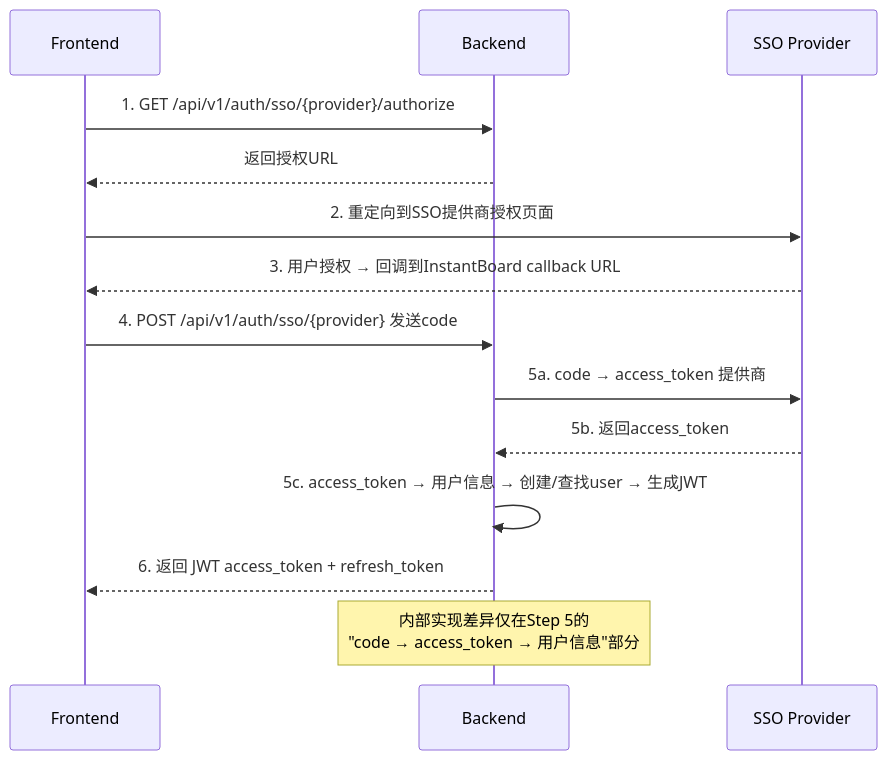
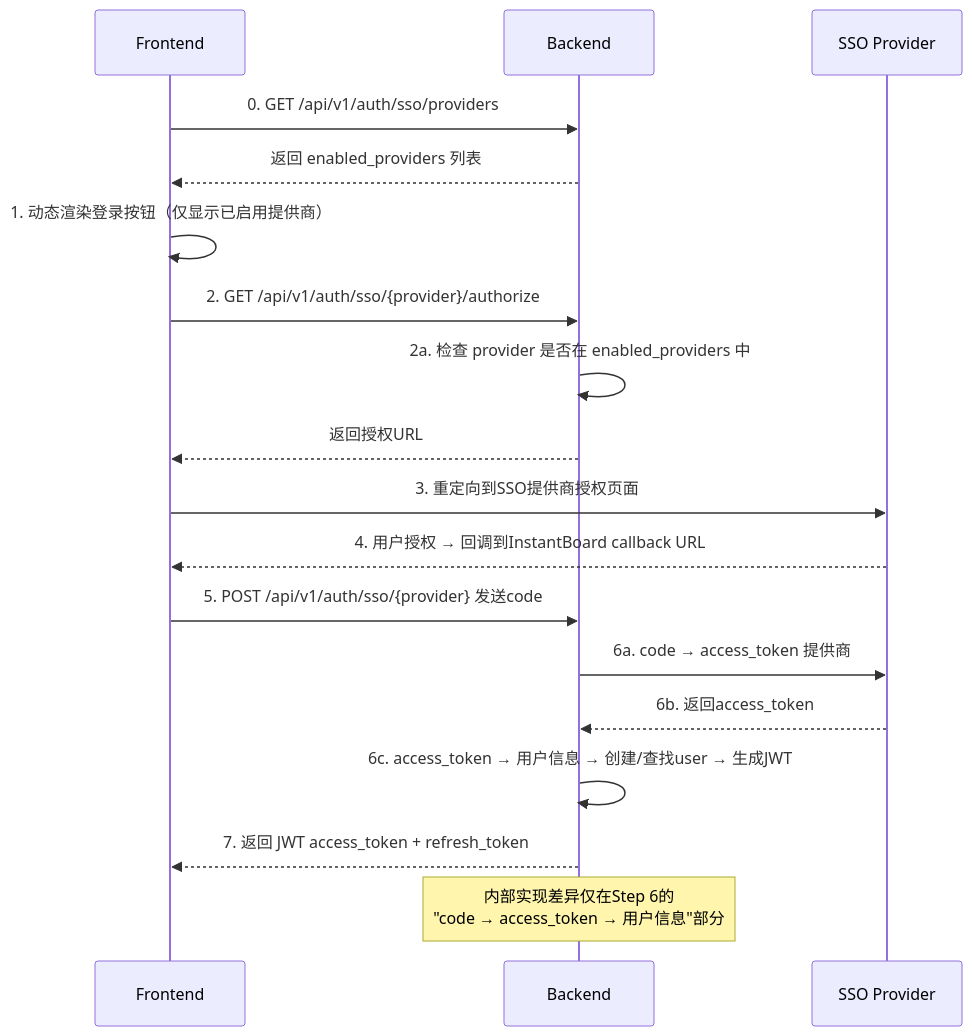
The second of 3 diagrams in docs/design/security.md (onceme/instantboard), drawn with Mermaid before and after one commit. The commit also changed other lines of this file and 18 other files, not shown here.

Commit message:
Reduce SSO providers

````diff
--- a/docs/design/security.md
+++ b/docs/design/security.md
@@ -130,18 +167,22 @@
 ```mermaid
 sequenceDiagram
     participant FE as Frontend
     participant BE as Backend
     participant SSO as SSO Provider
 
-    FE->>BE: 1. GET /api/v1/auth/sso/{provider}/authorize
+    FE->>BE: 0. GET /api/v1/auth/sso/providers
+    BE-->>FE: 返回 enabled_providers 列表
+    FE->>FE: 1. 动态渲染登录按钮（仅显示已启用提供商）
+    FE->>BE: 2. GET /api/v1/auth/sso/{provider}/authorize
+    BE->>BE: 2a. 检查 provider 是否在 enabled_providers 中
     BE-->>FE: 返回授权URL
-    FE->>SSO: 2. 重定向到SSO提供商授权页面
-    SSO-->>FE: 3. 用户授权 → 回调到InstantBoard callback URL
-    FE->>BE: 4. POST /api/v1/auth/sso/{provider} 发送code
-    BE->>SSO: 5a. code → access_token 提供商
-    SSO-->>BE: 5b. 返回access_token
-    BE->>BE: 5c. access_token → 用户信息 → 创建/查找user → 生成JWT
-    BE-->>FE: 6. 返回 JWT access_token + refresh_token
+    FE->>SSO: 3. 重定向到SSO提供商授权页面
+    SSO-->>FE: 4. 用户授权 → 回调到InstantBoard callback URL
+    FE->>BE: 5. POST /api/v1/auth/sso/{provider} 发送code
+    BE->>SSO: 6a. code → access_token 提供商
+    SSO-->>BE: 6b. 返回access_token
+    BE->>BE: 6c. access_token → 用户信息 → 创建/查找user → 生成JWT
+    BE-->>FE: 7. 返回 JWT access_token + refresh_token
 
-    Note over BE: 内部实现差异仅在Step 5的<br/>"code → access_token → 用户信息"部分
+    Note over BE: 内部实现差异仅在Step 6的<br/>"code → access_token → 用户信息"部分
 ```
````
